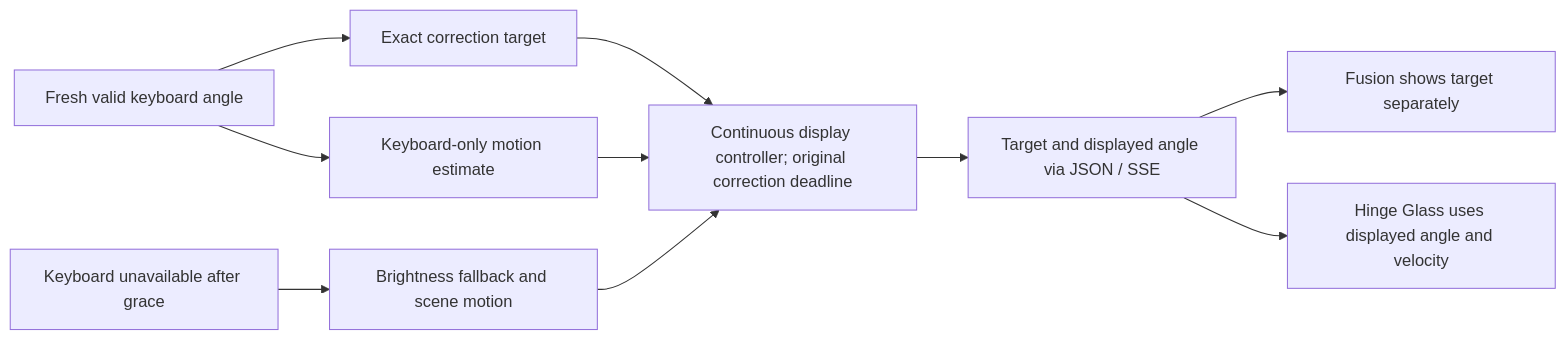
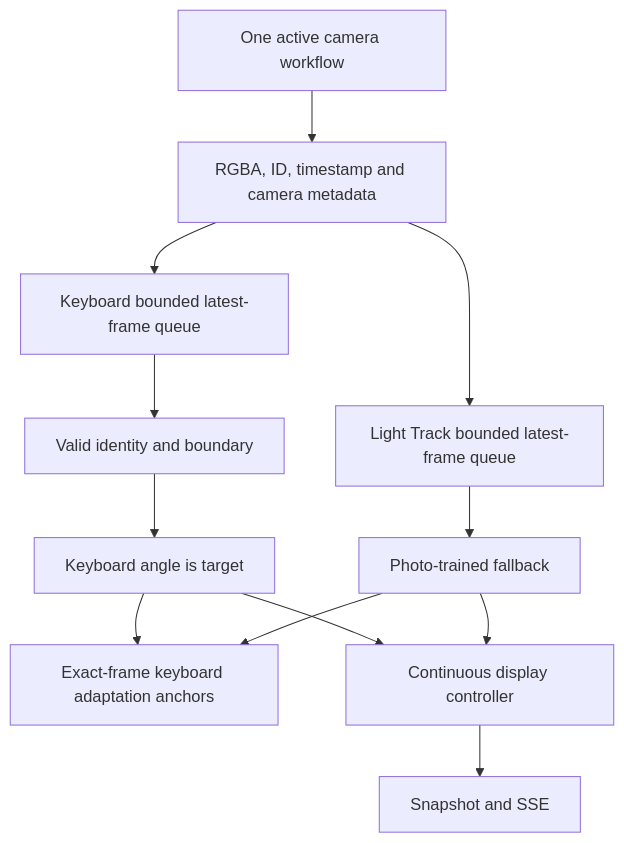
Before and after one commit to Comb1e/windows-turn: the second of 4 diagrams in docs/architecture.md, drawn with Mermaid. The commit also changed other lines of this file and 22 other files, not shown here.

Commit message:
Replace Fusion sweep calibration with photo annotation workflow

````diff
--- a/docs/architecture.md
+++ b/docs/architecture.md
@@ -40,12 +22,14 @@
 ```mermaid
-flowchart LR
-  Keyboard[Fresh valid keyboard angle] --> Target[Exact correction target]
-  Keyboard --> Motion[Keyboard-only motion estimate]
-  Missing[Keyboard unavailable after grace] --> Light[Brightness fallback and scene motion]
-  Target --> Control[Continuous display controller; original correction deadline]
-  Motion --> Control
-  Light --> Control
-  Control --> API[Target and displayed angle via JSON / SSE]
-  API --> UI[Fusion shows target separately]
-  API --> Renderer[Hinge Glass uses displayed angle and velocity]
+flowchart TD
+  Owner[One active camera workflow] --> Frame[RGBA, ID, timestamp and camera metadata]
+  Frame --> K[Keyboard bounded latest-frame queue]
+  Frame --> L[Light Track bounded latest-frame queue]
+  K --> Valid[Valid identity and boundary]
+  Valid --> Target[Keyboard angle is target]
+  L --> Fallback[Photo-trained fallback]
+  Target --> Pair[Exact-frame keyboard adaptation anchors]
+  Fallback --> Pair
+  Target --> Controller[Continuous display controller]
+  Fallback --> Controller
+  Controller --> API[Snapshot and SSE]
 ```
````
